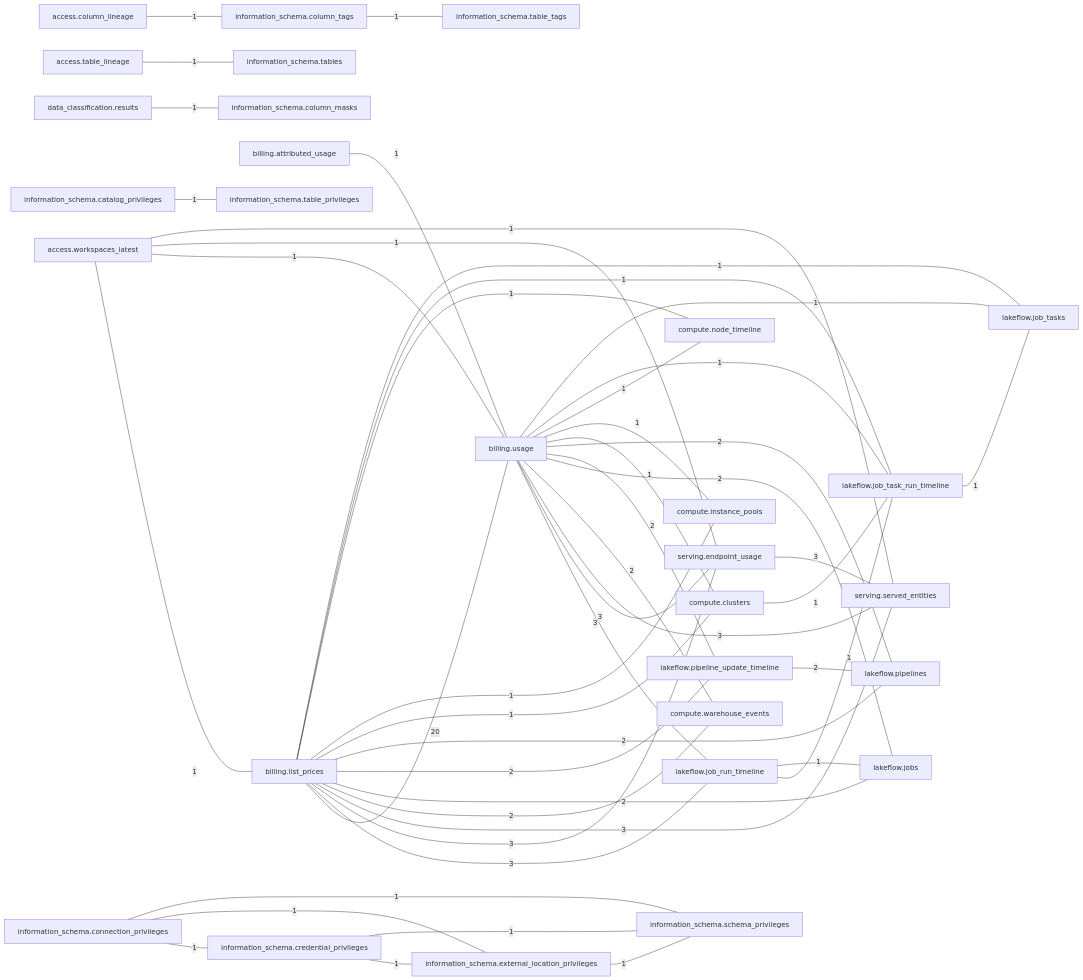
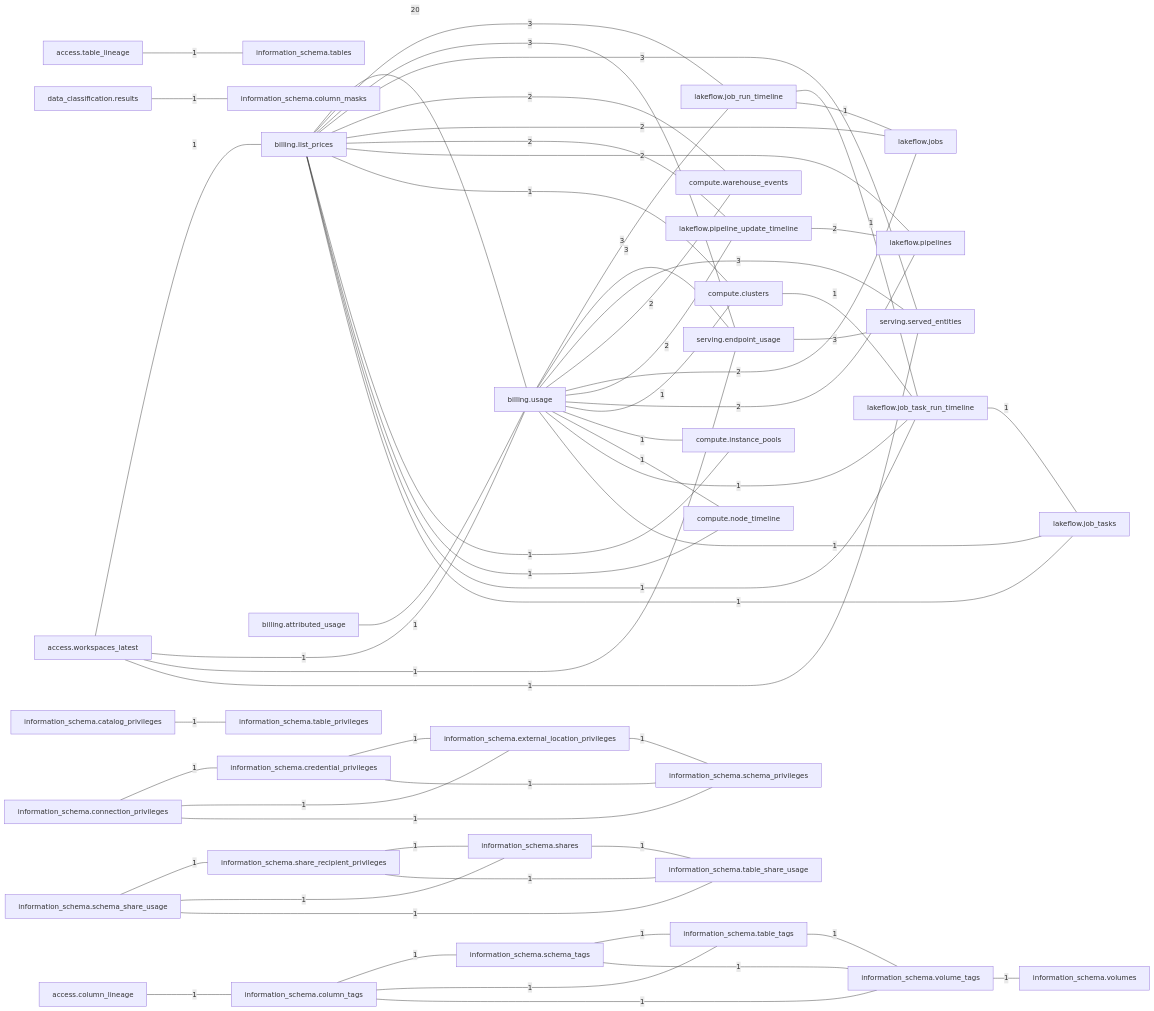
Before and after one commit to darshanmeel/crosshire-audit-databricks-admin: the eighth of 8 diagrams in lineage/query_lineage.md, drawn with Mermaid. The commit also changed other lines of this file and 9 other files, not shown here.

````diff
--- a/lineage/query_lineage.md
+++ b/lineage/query_lineage.md
@@ -277,50 +294,62 @@
 ```mermaid
 graph LR
   system_billing_list_prices["billing.list_prices"] --- |20| system_billing_usage["billing.usage"]
   system_billing_list_prices["billing.list_prices"] --- |3| system_lakeflow_job_run_timeline["lakeflow.job_run_timeline"]
   system_billing_list_prices["billing.list_prices"] --- |3| system_serving_endpoint_usage["serving.endpoint_usage"]
   system_billing_list_prices["billing.list_prices"] --- |3| system_serving_served_entities["serving.served_entities"]
   system_billing_usage["billing.usage"] --- |3| system_lakeflow_job_run_timeline["lakeflow.job_run_timeline"]
   system_billing_usage["billing.usage"] --- |3| system_serving_endpoint_usage["serving.endpoint_usage"]
   system_billing_usage["billing.usage"] --- |3| system_serving_served_entities["serving.served_entities"]
   system_serving_endpoint_usage["serving.endpoint_usage"] --- |3| system_serving_served_entities["serving.served_entities"]
   system_billing_list_prices["billing.list_prices"] --- |2| system_compute_warehouse_events["compute.warehouse_events"]
   system_billing_list_prices["billing.list_prices"] --- |2| system_lakeflow_jobs["lakeflow.jobs"]
   system_billing_list_prices["billing.list_prices"] --- |2| system_lakeflow_pipeline_update_timeline["lakeflow.pipeline_update_timeline"]
   system_billing_list_prices["billing.list_prices"] --- |2| system_lakeflow_pipelines["lakeflow.pipelines"]
   system_billing_usage["billing.usage"] --- |2| system_compute_warehouse_events["compute.warehouse_events"]
   system_billing_usage["billing.usage"] --- |2| system_lakeflow_jobs["lakeflow.jobs"]
   system_billing_usage["billing.usage"] --- |2| system_lakeflow_pipeline_update_timeline["lakeflow.pipeline_update_timeline"]
   system_billing_usage["billing.usage"] --- |2| system_lakeflow_pipelines["lakeflow.pipelines"]
   system_lakeflow_pipeline_update_timeline["lakeflow.pipeline_update_timeline"] --- |2| system_lakeflow_pipelines["lakeflow.pipelines"]
   system_access_column_lineage["access.column_lineage"] --- |1| system_information_schema_column_tags["information_schema.column_tags"]
   system_access_table_lineage["access.table_lineage"] --- |1| system_information_schema_tables["information_schema.tables"]
   system_access_workspaces_latest["access.workspaces_latest"] --- |1| system_billing_list_prices["billing.list_prices"]
   system_access_workspaces_latest["access.workspaces_latest"] --- |1| system_billing_usage["billing.usage"]
   system_access_workspaces_latest["access.workspaces_latest"] --- |1| system_serving_endpoint_usage["serving.endpoint_usage"]
   system_access_workspaces_latest["access.workspaces_latest"] --- |1| system_serving_served_entities["serving.served_entities"]
   system_billing_attributed_usage["billing.attributed_usage"] --- |1| system_billing_usage["billing.usage"]
   system_billing_list_prices["billing.list_prices"] --- |1| system_compute_clusters["compute.clusters"]
   system_billing_list_prices["billing.list_prices"] --- |1| system_compute_instance_pools["compute.instance_pools"]
   system_billing_list_prices["billing.list_prices"] --- |1| system_compute_node_timeline["compute.node_timeline"]
   system_billing_list_prices["billing.list_prices"] --- |1| system_lakeflow_job_task_run_timeline["lakeflow.job_task_run_timeline"]
   system_billing_list_prices["billing.list_prices"] --- |1| system_lakeflow_job_tasks["lakeflow.job_tasks"]
   system_billing_usage["billing.usage"] --- |1| system_compute_clusters["compute.clusters"]
   system_billing_usage["billing.usage"] --- |1| system_compute_instance_pools["compute.instance_pools"]
   system_billing_usage["billing.usage"] --- |1| system_compute_node_timeline["compute.node_timeline"]
   system_billing_usage["billing.usage"] --- |1| system_lakeflow_job_task_run_timeline["lakeflow.job_task_run_timeline"]
   system_billing_usage["billing.usage"] --- |1| system_lakeflow_job_tasks["lakeflow.job_tasks"]
   system_compute_clusters["compute.clusters"] --- |1| system_lakeflow_job_task_run_timeline["lakeflow.job_task_run_timeline"]
   system_data_classification_results["data_classification.results"] --- |1| system_information_schema_column_masks["information_schema.column_masks"]
   system_information_schema_catalog_privileges["information_schema.catalog_privileges"] --- |1| system_information_schema_table_privileges["information_schema.table_privileges"]
+  system_information_schema_column_tags["information_schema.column_tags"] --- |1| system_information_schema_schema_tags["information_schema.schema_tags"]
   system_information_schema_column_tags["information_schema.column_tags"] --- |1| system_information_schema_table_tags["information_schema.table_tags"]
+  system_information_schema_column_tags["information_schema.column_tags"] --- |1| system_information_schema_volume_tags["information_schema.volume_tags"]
   system_information_schema_connection_privileges["information_schema.connection_privileges"] --- |1| system_information_schema_credential_privileges["information_schema.credential_privileges"]
   system_information_schema_connection_privileges["information_schema.connection_privileges"] --- |1| system_information_schema_external_location_privileges["information_schema.external_location_privileges"]
   system_information_schema_connection_privileges["information_schema.connection_privileges"] --- |1| system_information_schema_schema_privileges["information_schema.schema_privileges"]
   system_information_schema_credential_privileges["information_schema.credential_privileges"] --- |1| system_information_schema_external_location_privileges["information_schema.external_location_privileges"]
   system_information_schema_credential_privileges["information_schema.credential_privileges"] --- |1| system_information_schema_schema_privileges["information_schema.schema_privileges"]
   system_information_schema_external_location_privileges["information_schema.external_location_privileges"] --- |1| system_information_schema_schema_privileges["information_schema.schema_privileges"]
+  system_information_schema_schema_share_usage["information_schema.schema_share_usage"] --- |1| system_information_schema_share_recipient_privileges["information_schema.share_recipient_privileges"]
+  system_information_schema_schema_share_usage["information_schema.schema_share_usage"] --- |1| system_information_schema_shares["information_schema.shares"]
+  system_information_schema_schema_share_usage["information_schema.schema_share_usage"] --- |1| system_information_schema_table_share_usage["information_schema.table_share_usage"]
+  system_information_schema_schema_tags["information_schema.schema_tags"] --- |1| system_information_schema_table_tags["information_schema.table_tags"]
+  system_information_schema_schema_tags["information_schema.schema_tags"] --- |1| system_information_schema_volume_tags["information_schema.volume_tags"]
+  system_information_schema_share_recipient_privileges["information_schema.share_recipient_privileges"] --- |1| system_information_schema_shares["information_schema.shares"]
+  system_information_schema_share_recipient_privileges["information_schema.share_recipient_privileges"] --- |1| system_information_schema_table_share_usage["information_schema.table_share_usage"]
+  system_information_schema_shares["information_schema.shares"] --- |1| system_information_schema_table_share_usage["information_schema.table_share_usage"]
+  system_information_schema_table_tags["information_schema.table_tags"] --- |1| system_information_schema_volume_tags["information_schema.volume_tags"]
+  system_information_schema_volume_tags["information_schema.volume_tags"] --- |1| system_information_schema_volumes["information_schema.volumes"]
   system_lakeflow_job_run_timeline["lakeflow.job_run_timeline"] --- |1| system_lakeflow_job_task_run_timeline["lakeflow.job_task_run_timeline"]
   system_lakeflow_job_run_timeline["lakeflow.job_run_timeline"] --- |1| system_lakeflow_jobs["lakeflow.jobs"]
   system_lakeflow_job_task_run_timeline["lakeflow.job_task_run_timeline"] --- |1| system_lakeflow_job_tasks["lakeflow.job_tasks"]
 ```
````
